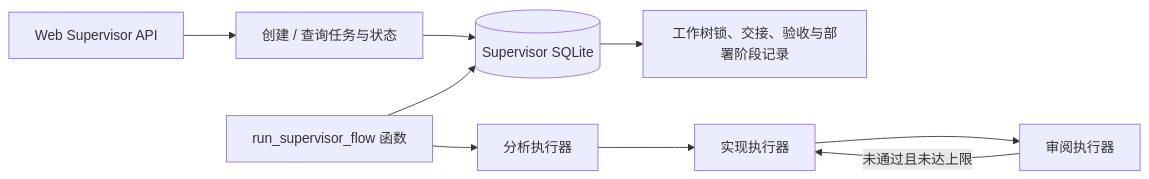
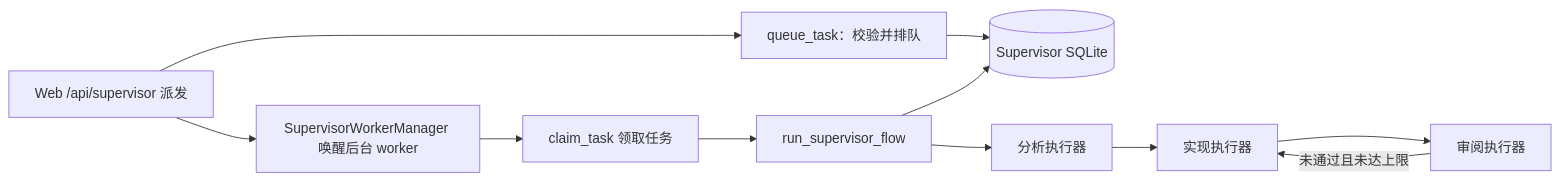
Before and after one commit to mammut001/Conveyor: the second of 3 diagrams in docs/architecture-overview.md, drawn with Mermaid. The commit also changed other lines of this file and 3 other files, not shown here.

First line of the commit message:
docs: describe the wired Supervisor, executors and the worker pool

````diff
--- a/docs/architecture-overview.md
+++ b/docs/architecture-overview.md
@@ -26,11 +26,13 @@
 ```mermaid
 flowchart LR
-    API[Web Supervisor API] --> STATE[创建 / 查询任务与状态]
-    STATE --> DB[(Supervisor SQLite)]
-    DB --> RECORD[工作树锁、交接、验收与部署阶段记录]
-    FLOW[run_supervisor_flow 函数] --> ANALYST[分析执行器]
+    API[Web /api/supervisor 派发] --> QUEUE[queue_task：校验并排队]
+    QUEUE --> DB[(Supervisor SQLite)]
+    API --> WAKE[SupervisorWorkerManager 唤醒后台 worker]
+    WAKE --> CLAIM[claim_task 领取任务]
+    CLAIM --> FLOW[run_supervisor_flow]
+    FLOW --> ANALYST[分析执行器]
     ANALYST --> IMPLEMENTER[实现执行器]
     IMPLEMENTER --> REVIEWER[审阅执行器]
     REVIEWER -->|未通过且未达上限| IMPLEMENTER
     FLOW --> DB
 ```
````
